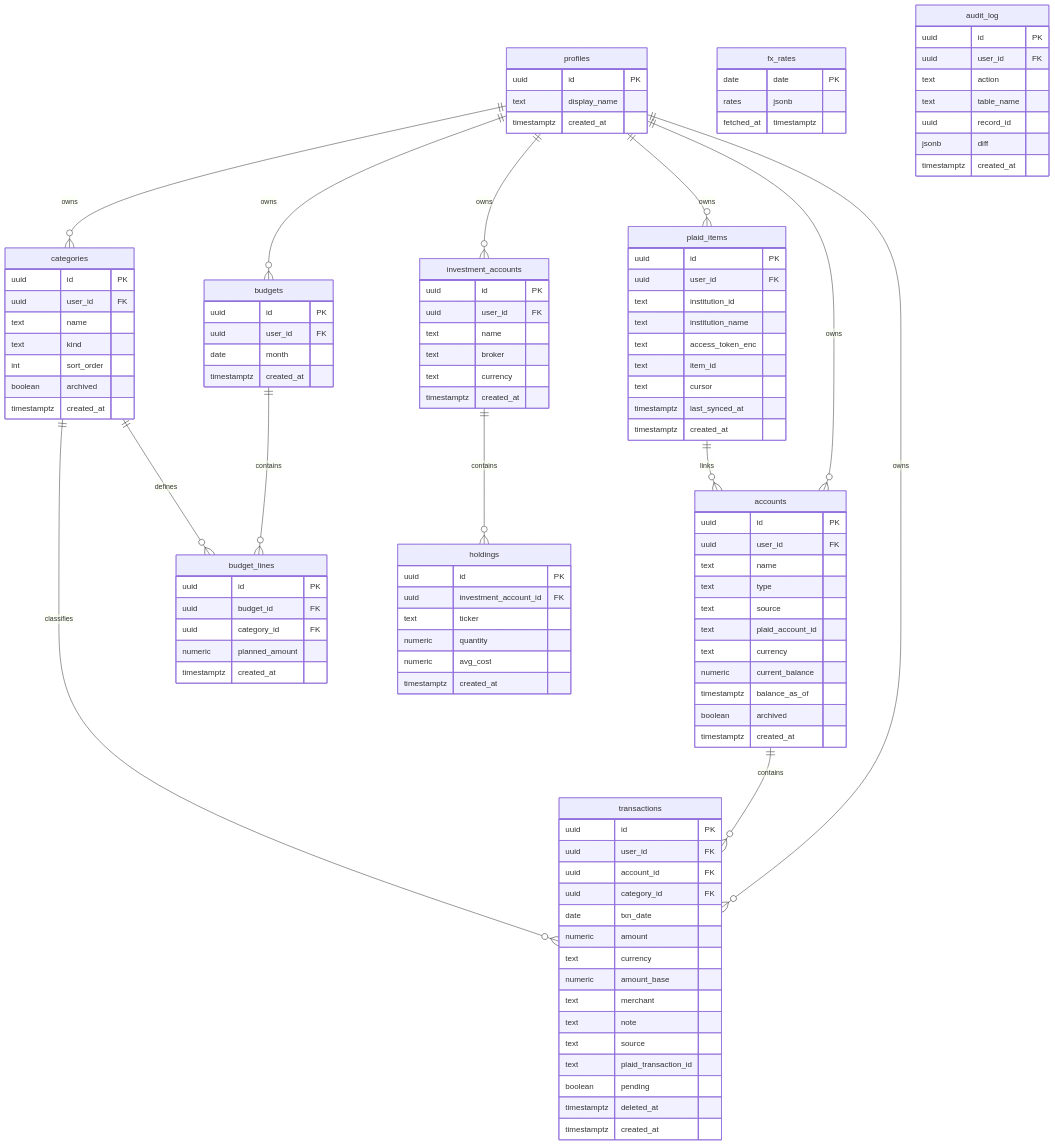
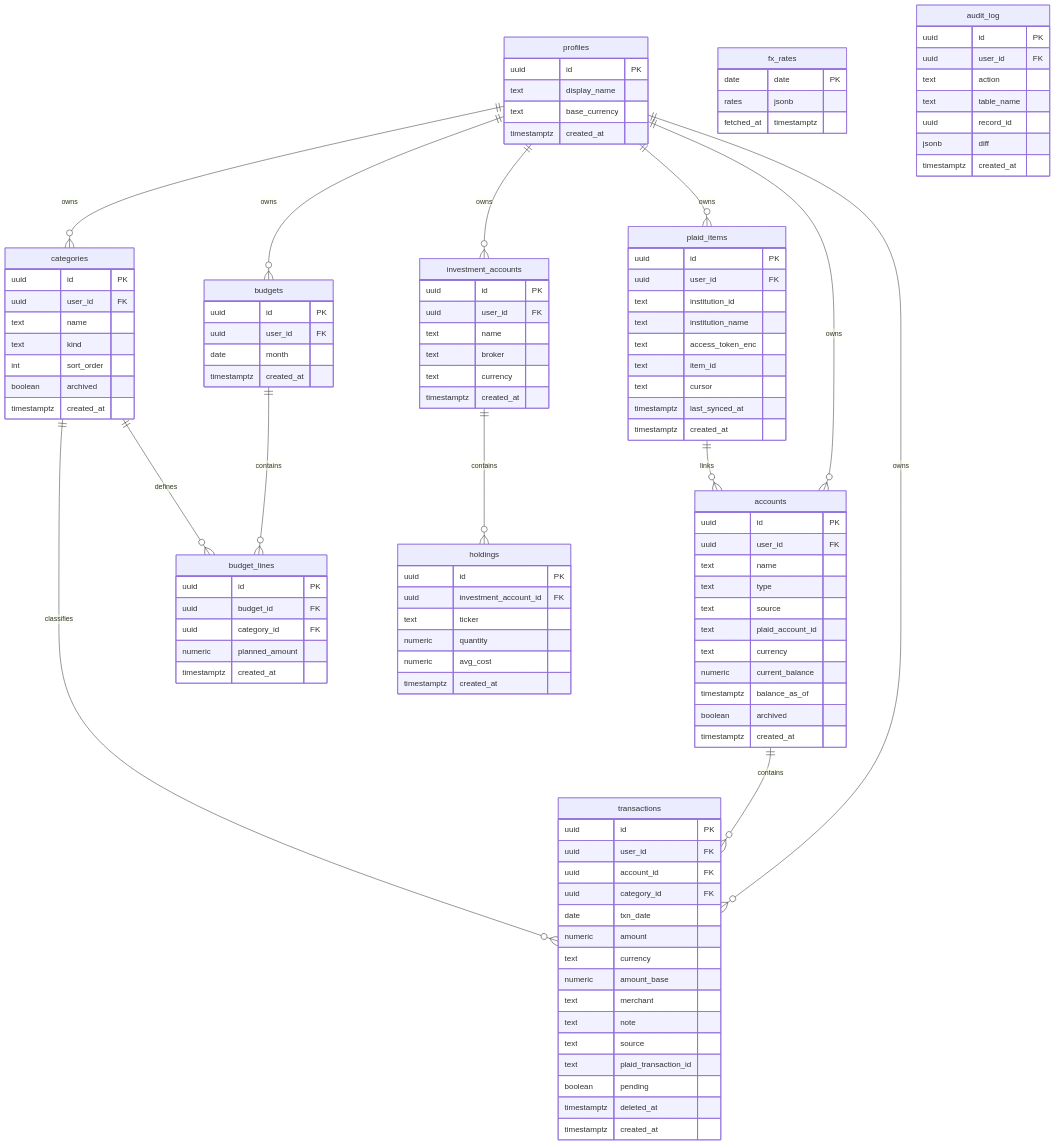
The diagram in docs/db-schema.md (briantoanle/Charlie-Budget), drawn with Mermaid before and after one commit. The commit also changed 2 other files, not shown here.

Commit message:
Added api routes schema

```diff
--- a/docs/db-schema.md
+++ b/docs/db-schema.md
@@ -6,6 +6,7 @@
     profiles {
         uuid id PK
         text display_name
+        text base_currency
         timestamptz created_at
     }
 
```
